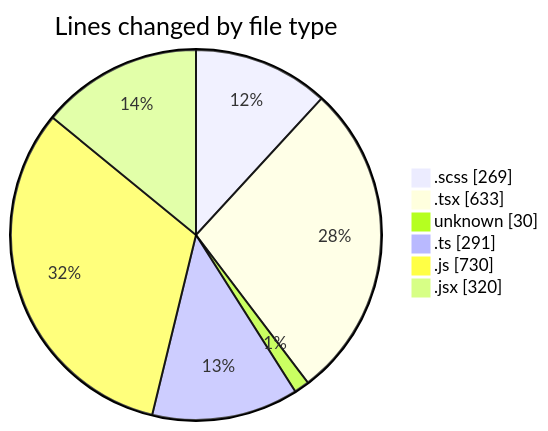
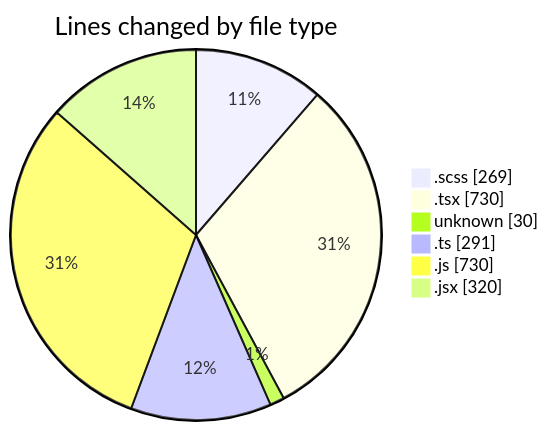
Before and after one commit to momahboobian/code-tracking: the first of 2 diagrams in 2025-03-05/cda/README.md, drawn with Mermaid. The commit also changed other lines of this file and 1 other file, not shown here.

````diff
--- a/2025-03-05/cda/README.md
+++ b/2025-03-05/cda/README.md
@@ -39,10 +40,10 @@
 ```mermaid
 pie showData
 title Lines changed by file type
 ".scss" : 269
-".tsx" : 633
+".tsx" : 730
 "unknown" : 30
 ".ts" : 291
 ".js" : 730
 ".jsx" : 320
 ```
````
